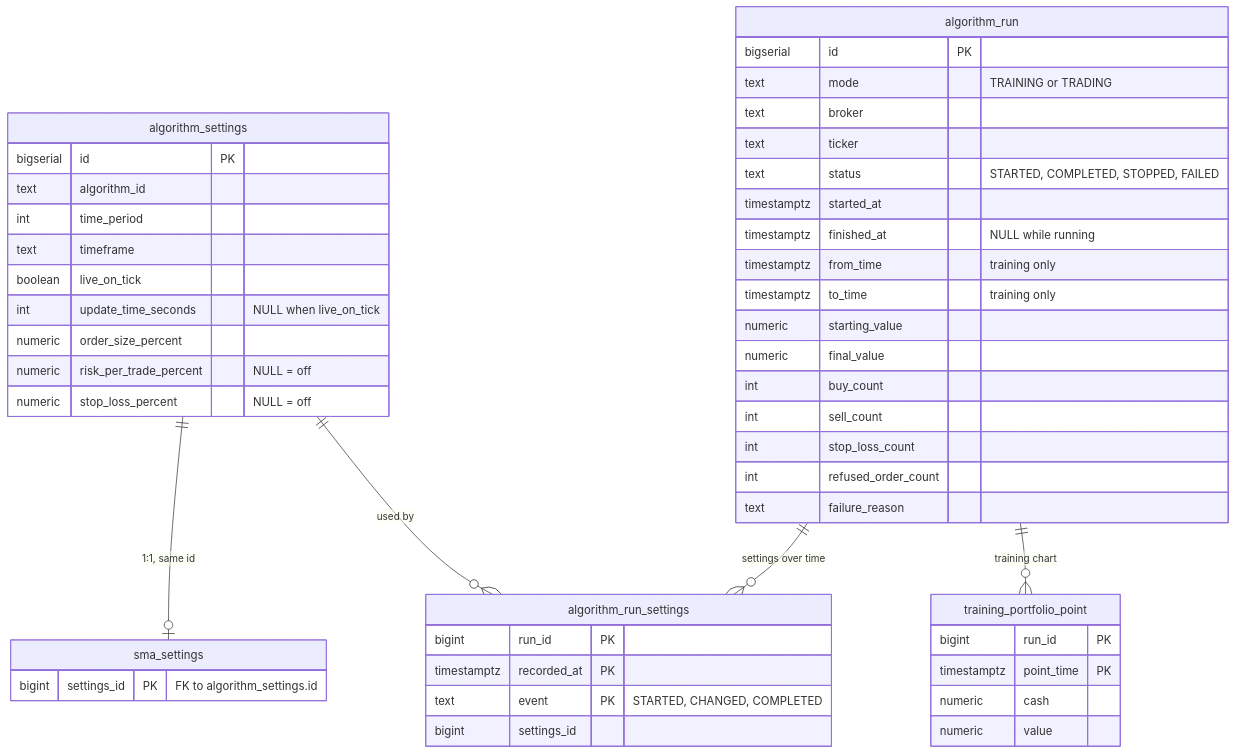
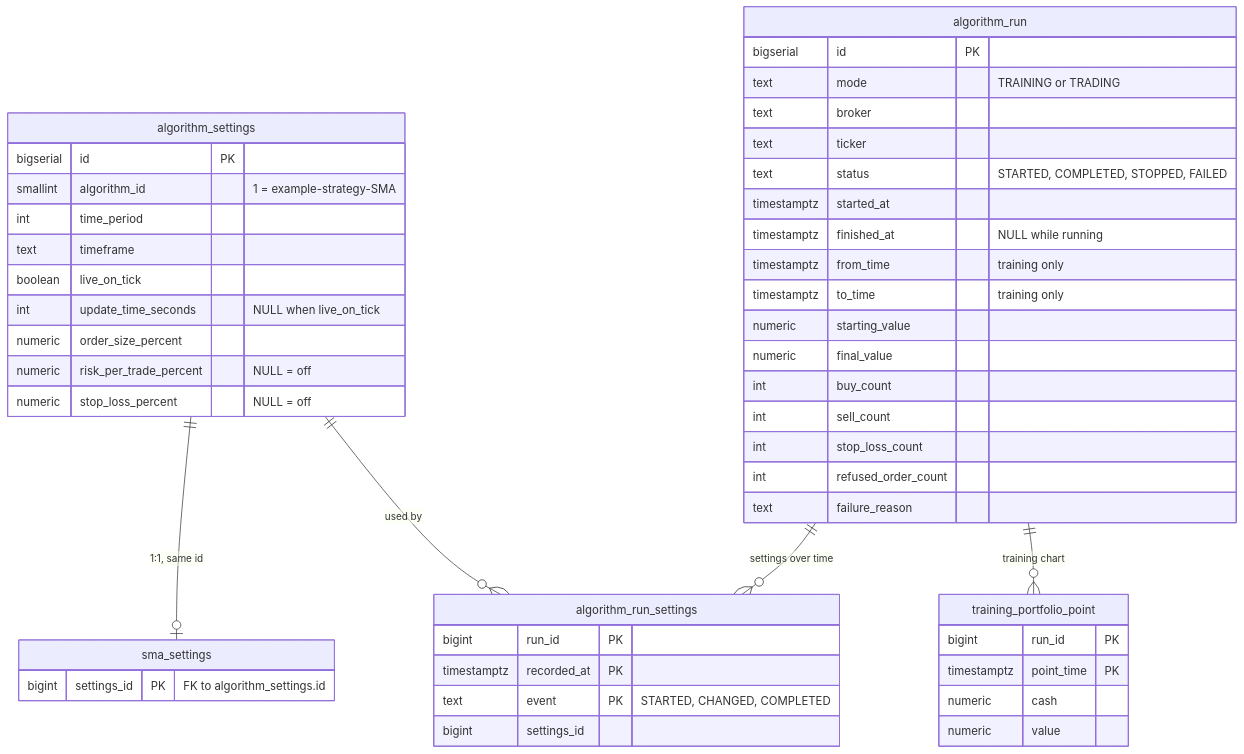
Diagram 27 of 28 in docs/ARCHITECTURE.md (ShadowOfDiablo/t212-coding-task), drawn with Mermaid before and after one commit. The commit also changed other lines of this file and 17 other files, not shown here.

````diff
--- a/docs/ARCHITECTURE.md
+++ b/docs/ARCHITECTURE.md
@@ -1177,51 +1178,51 @@
 ```mermaid
 erDiagram
     algorithm_settings {
         bigserial id PK
-        text algorithm_id
+        smallint algorithm_id "1 = example-strategy-SMA"
         int time_period
         text timeframe
         boolean live_on_tick
         int update_time_seconds "NULL when live_on_tick"
         numeric order_size_percent
         numeric risk_per_trade_percent "NULL = off"
         numeric stop_loss_percent "NULL = off"
     }
     sma_settings {
         bigint settings_id PK "FK to algorithm_settings.id"
     }
     algorithm_run {
         bigserial id PK
         text mode "TRAINING or TRADING"
         text broker
         text ticker
         text status "STARTED, COMPLETED, STOPPED, FAILED"
         timestamptz started_at
         timestamptz finished_at "NULL while running"
         timestamptz from_time "training only"
         timestamptz to_time "training only"
         numeric starting_value
         numeric final_value
         int buy_count
         int sell_count
         int stop_loss_count
         int refused_order_count
         text failure_reason
     }
     algorithm_run_settings {
         bigint run_id PK
         timestamptz recorded_at PK
         text event PK "STARTED, CHANGED, COMPLETED"
         bigint settings_id
     }
     training_portfolio_point {
         bigint run_id PK
         timestamptz point_time PK
         numeric cash
         numeric value
     }
     algorithm_settings ||--o| sma_settings : "1:1, same id"
     algorithm_run ||--o{ algorithm_run_settings : "settings over time"
     algorithm_settings ||--o{ algorithm_run_settings : "used by"
     algorithm_run ||--o{ training_portfolio_point : "training chart"
 ```
````
